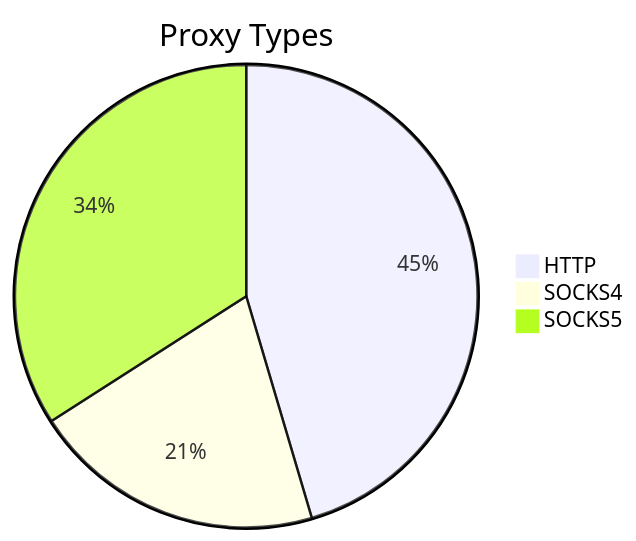
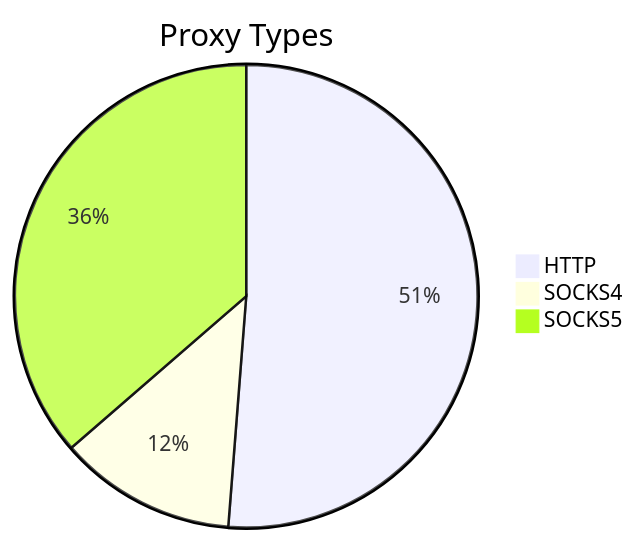
One commit to stormsia/proxy-list changed the first of 2 diagrams in README.md. Above: the diagram before and after it, drawn with Mermaid. The commit also changed other lines of this file, not shown here.

````diff
--- a/README.md
+++ b/README.md
@@ -21,6 +21,6 @@
 ```mermaid
 pie title Proxy Types
-    "HTTP" : 268
-    "SOCKS4" : 121
-    "SOCKS5" : 201
+    "HTTP" : 186
+    "SOCKS4" : 45
+    "SOCKS5" : 132
 ```
````
